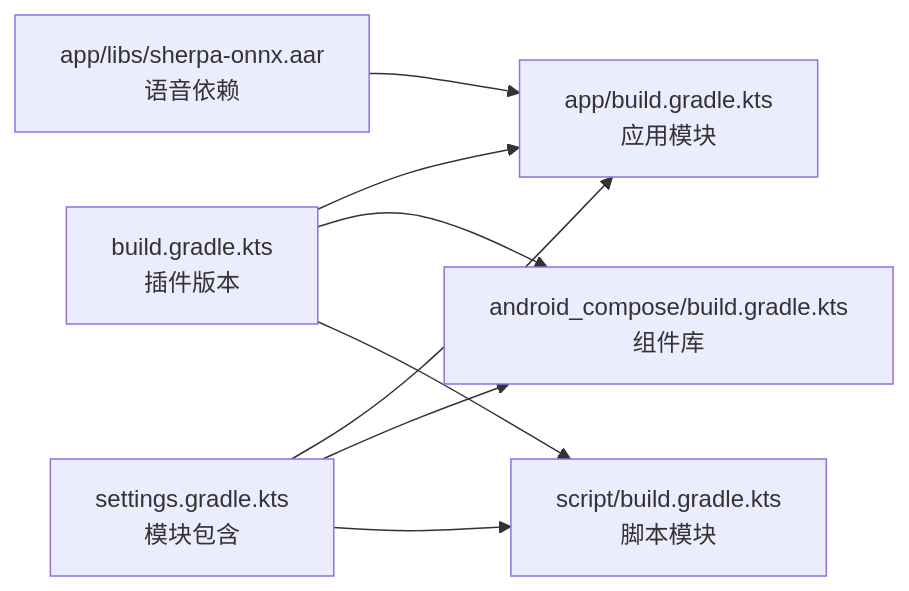
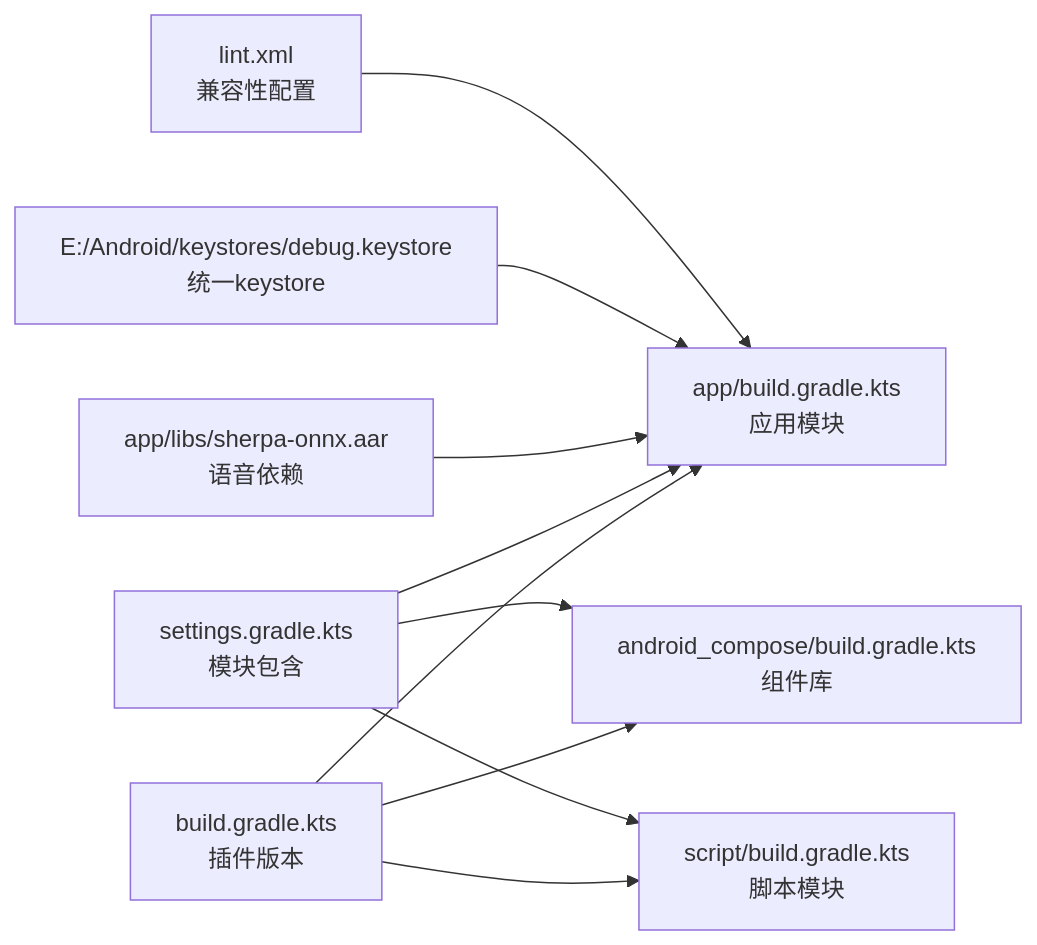
The fifth of 5 diagrams in .qoder/repowiki/zh/content/构建与部署/CI_CD流水线.md (guuyn/OpenClaw-Android), drawn with Mermaid before and after one commit. The commit also changed other lines of this file and 5 other files, not shown here.

````diff
--- a/.qoder/repowiki/zh/content/构建与部署/CI_CD流水线.md
+++ b/.qoder/repowiki/zh/content/构建与部署/CI_CD流水线.md
@@ -281,10 +339,12 @@
 ```mermaid
 graph LR
 ROOT["build.gradle.kts<br/>插件版本"] --> APP["app/build.gradle.kts<br/>应用模块"]
 ROOT --> COMPOSE["android_compose/build.gradle.kts<br/>组件库"]
 ROOT --> SCRIPT["script/build.gradle.kts<br/>脚本模块"]
 SETTINGS["settings.gradle.kts<br/>模块包含"] --> APP
 SETTINGS --> COMPOSE
 SETTINGS --> SCRIPT
 VOICE_DEP["app/libs/sherpa-onnx.aar<br/>语音依赖"] --> APP
+KEYSTORE_DEP["E:/Android/keystores/debug.keystore<br/>统一keystore"] --> APP
+LINT_DEP["lint.xml<br/>兼容性配置"] --> APP
 ```
````
